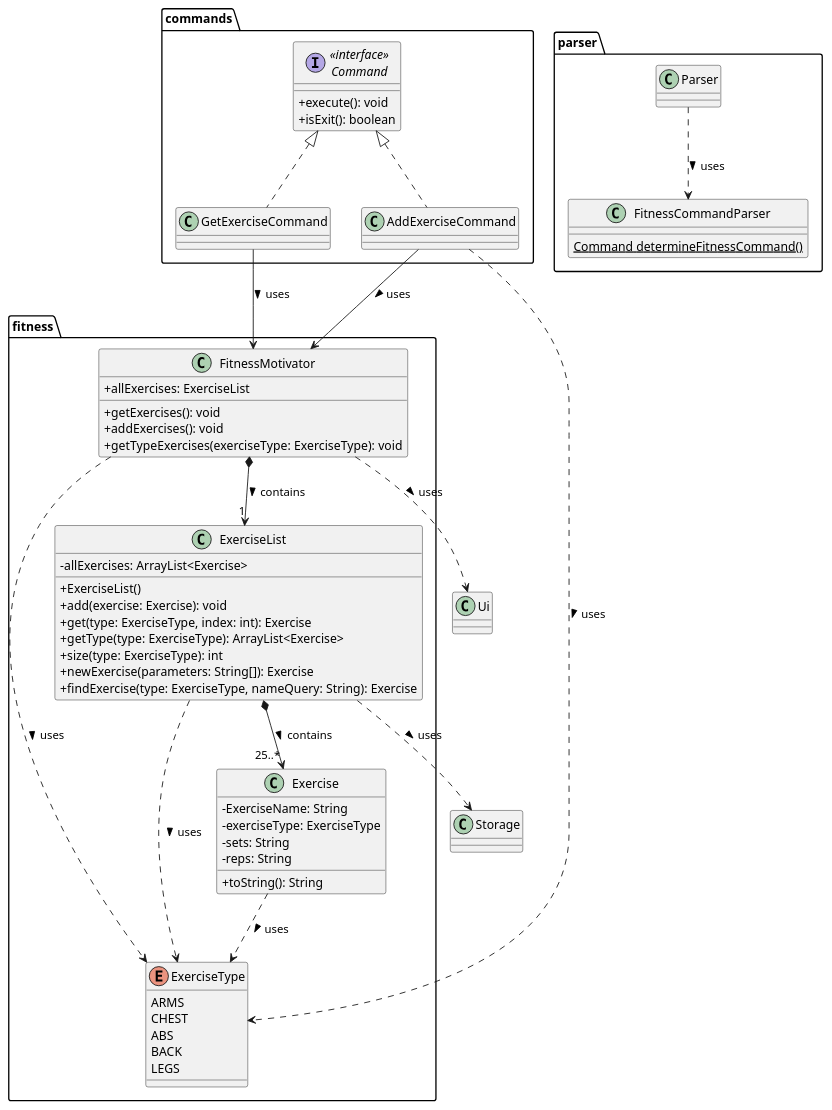
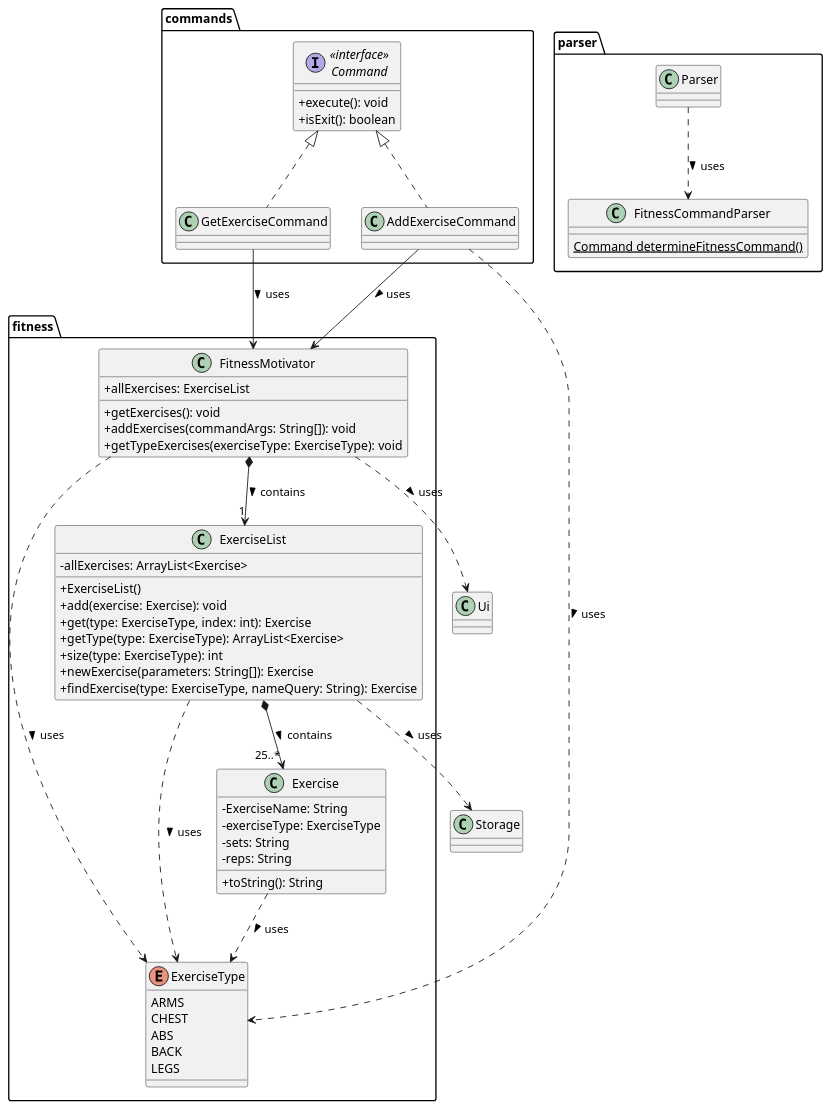
Before and after one commit to nus-cs2113-AY2324S2/tp: the diagram in docs/diagrams/fitness/FitnessClassDiagram.puml, drawn with PlantUML. The commit also changed 3 other files, not shown here.

First line of the commit message:
Add class and sequence diagram to developer guide for fitness motivator

```diff
--- a/docs/diagrams/fitness/FitnessClassDiagram.puml
+++ b/docs/diagrams/fitness/FitnessClassDiagram.puml
@@ -1,87 +1,87 @@
 @startuml
 
 skinparam classAttributeIconSize 0
 
 package parser {
     class FitnessCommandParser {
         {Static} Command determineFitnessCommand()
     }
 
     class Parser {
     }
 }
 
 package commands {
     interface "<<interface>>\nCommand" as Command {
         + execute(): void
         + isExit(): boolean
     }
 
     class AddExerciseCommand implements Command {
     }
 
     class GetExerciseCommand implements Command {
     }
 }
 
 package fitness {
     class FitnessMotivator {
         + allExercises: ExerciseList
         + getExercises(): void
-        + addExercises(): void
+        + addExercises(commandArgs: String[]): void
         + getTypeExercises(exerciseType: ExerciseType): void
     }
 
     class ExerciseList {
         - allExercises: ArrayList<Exercise>
         + ExerciseList()
         + add(exercise: Exercise): void
         + get(type: ExerciseType, index: int): Exercise
         + getType(type: ExerciseType): ArrayList<Exercise>
         + size(type: ExerciseType): int
         + newExercise(parameters: String[]): Exercise
         + findExercise(type: ExerciseType, nameQuery: String): Exercise
     }
 
     class Exercise {
         - ExerciseName: String
         - exerciseType: ExerciseType
         - sets: String
         - reps: String
         + toString(): String
     }
 
     enum ExerciseType {
         ARMS
         CHEST
         ABS
         BACK
         LEGS
     }
 }
 
 class Storage {
 }
 
 class Ui {
 }
 
 Parser ..> FitnessCommandParser : uses >
 
 AddExerciseCommand --> FitnessMotivator : uses >
 AddExerciseCommand ..> ExerciseType : uses >
 GetExerciseCommand --> FitnessMotivator : uses >
 
 FitnessMotivator *--> "1" ExerciseList : contains >
 
 Exercise ..> ExerciseType : uses >
 ExerciseList ..> ExerciseType : uses >
 FitnessMotivator ..> ExerciseType : uses >
 
 ExerciseList *--> "25..*" Exercise : contains >
 
 ExerciseList ..> Storage : uses >
 
 FitnessMotivator ..> Ui : uses >
 
 @enduml
```
